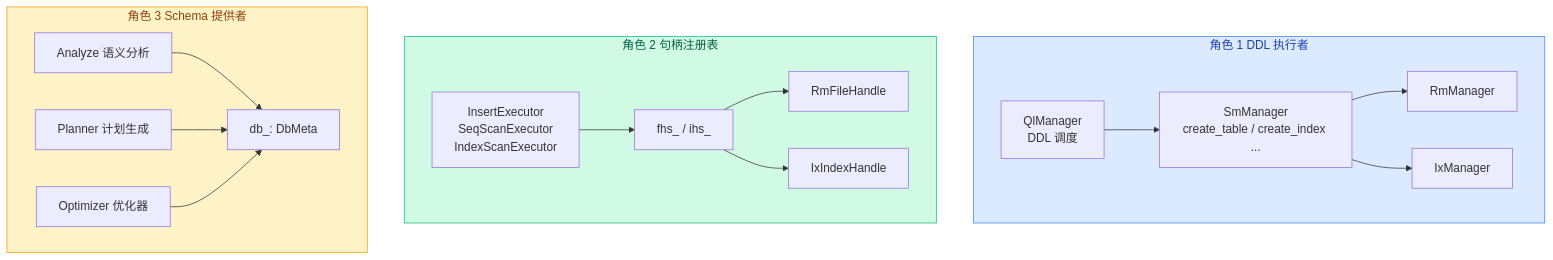
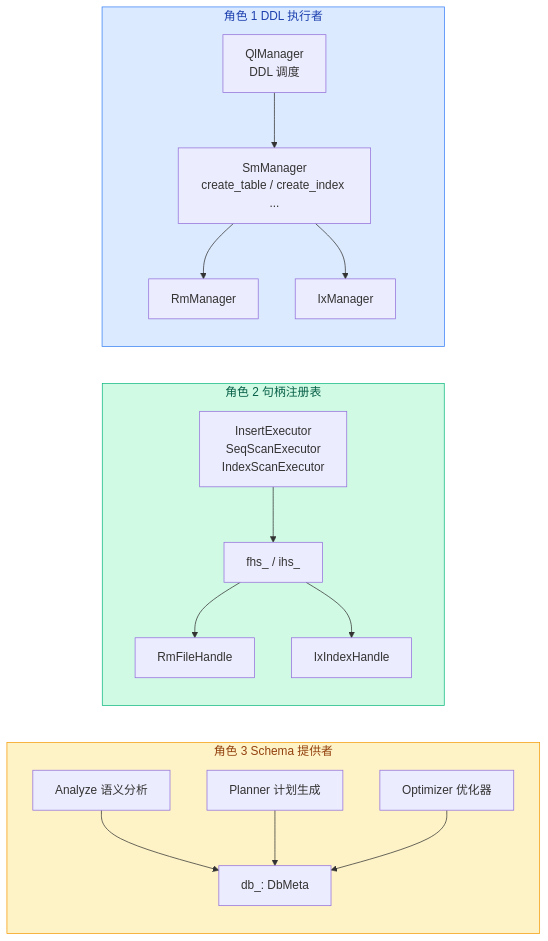
Before and after one commit to Dorian7Alden/RMDB-2024-Analyze: the first of 2 diagrams in my-analysis/04-system-layer/06-system-interaction.md, drawn with Mermaid. The commit also changed other lines of this file and 1 other file, not shown here.

Commit message:
doc(system): 补充索引键偏移量说明，调整交互文档图表布局
- 02-system-data-structures: 补充 key 构建时两种 offset 的含义说明
- 06-system-interaction: 调整 mermaid 子图顺序，DDL 执行者放前面更符合调用逻辑，添加 direction TD 改善子图排版

````diff
--- a/my-analysis/04-system-layer/06-system-interaction.md
+++ b/my-analysis/04-system-layer/06-system-interaction.md
@@ -7,23 +7,23 @@
 ```mermaid
-flowchart TD
-    subgraph role1["角色 1 DDL 执行者"]
-        style role1 fill:#dbeafe,stroke:#3b82f6,color:#1e40af
-        QL["QlManager<br/>DDL 调度"] --> SM1["SmManager<br/>create_table / create_index ..."]
-        SM1 --> RM1["RmManager"]
-        SM1 --> IX1["IxManager"]
+flowchart LR
+    subgraph role3["角色 3 Schema 提供者"]
+        style role3 fill:#fef3c7,stroke:#f59e0b,color:#92400e
+        AZ["Analyze 语义分析"] --> DB["db_: DbMeta"]
+        PN["Planner 计划生成"] --> DB
+        OP["Optimizer 优化器"] --> DB
     end
-
+    
     subgraph role2["角色 2 句柄注册表"]
         style role2 fill:#d1fae5,stroke:#10b981,color:#065f46
         EXEC["InsertExecutor<br/>SeqScanExecutor<br/>IndexScanExecutor"] --> MAP["fhs_ / ihs_"]
         MAP --> RM2["RmFileHandle"]
         MAP --> IX2["IxIndexHandle"]
     end
 
-    subgraph role3["角色 3 Schema 提供者"]
-        style role3 fill:#fef3c7,stroke:#f59e0b,color:#92400e
-        AZ["Analyze 语义分析"] --> DB["db_: DbMeta"]
-        PN["Planner 计划生成"] --> DB
-        OP["Optimizer 优化器"] --> DB
+    subgraph role1["角色 1 DDL 执行者"]
+        style role1 fill:#dbeafe,stroke:#3b82f6,color:#1e40af
+        QL["QlManager<br/>DDL 调度"] --> SM1["SmManager<br/>create_table / create_index ..."]
+        SM1 --> RM1["RmManager"]
+        SM1 --> IX1["IxManager"]
     end
 ```
````
